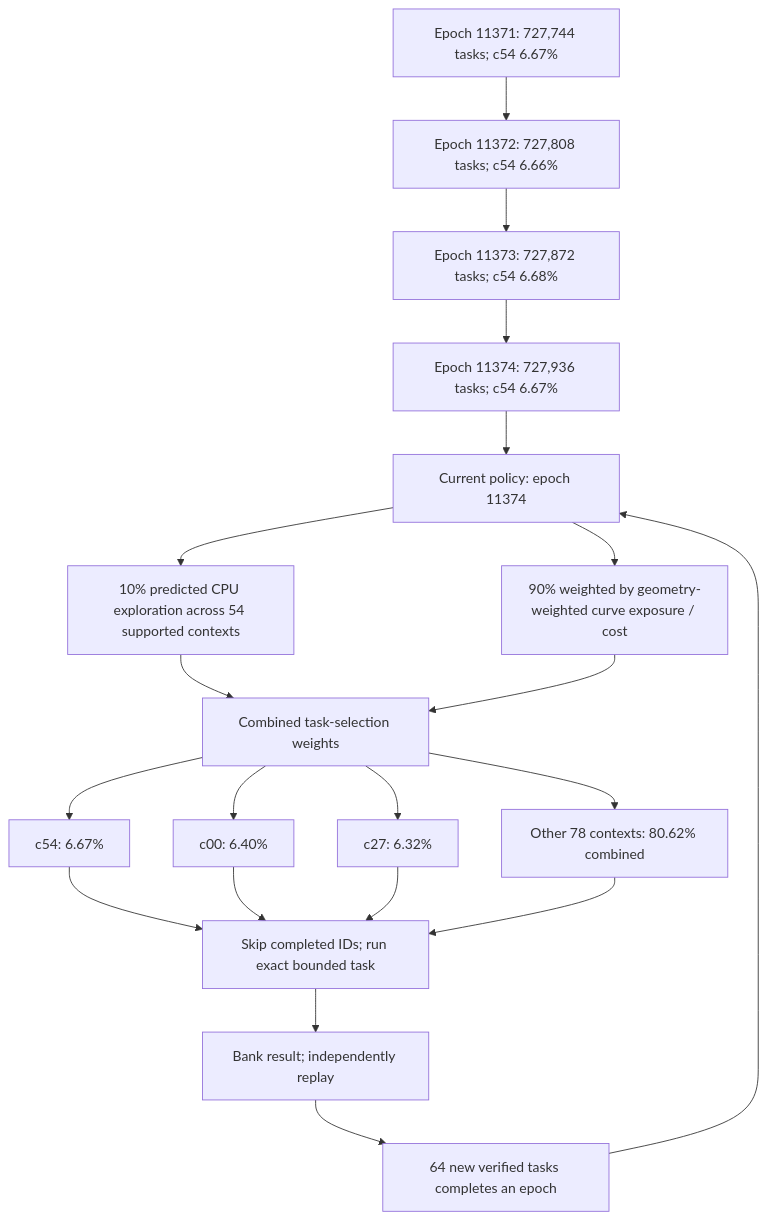
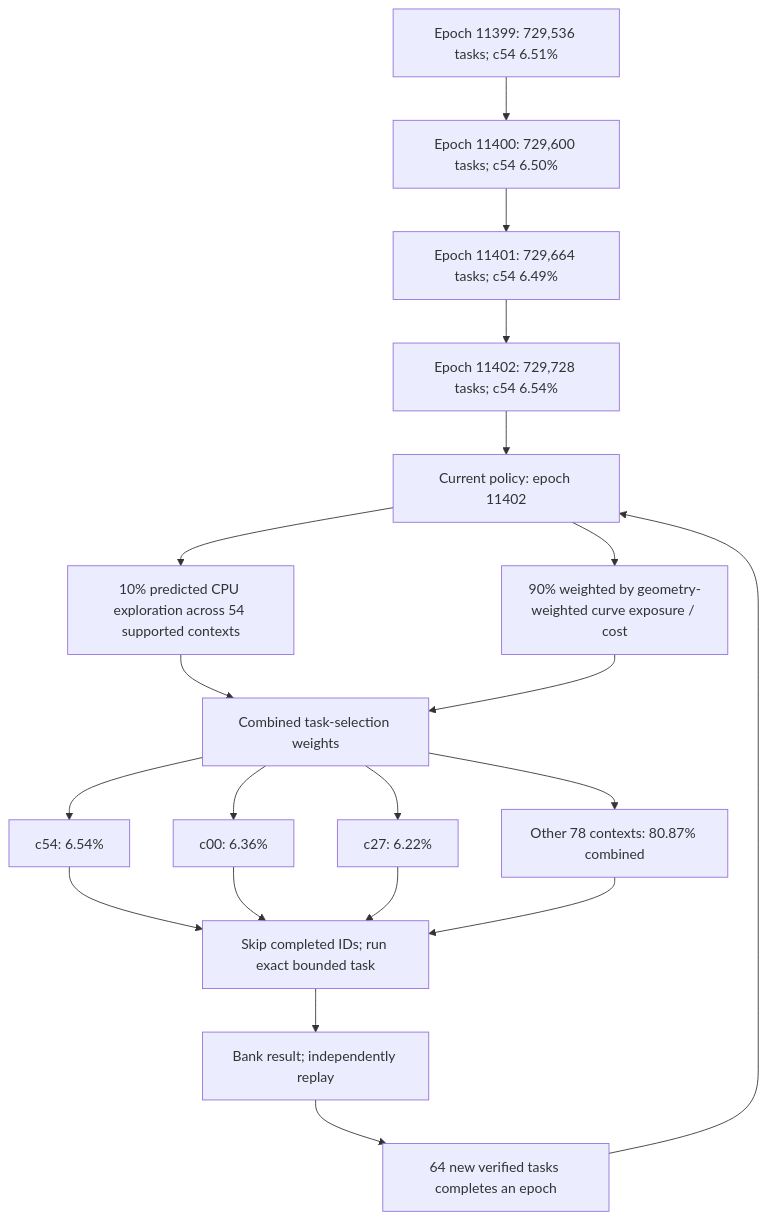
The first of 4 diagrams in README.md (Kuberwastaken/math-gambling), drawn with Mermaid before and after one commit. The commit also changed other lines of this file and 3752 other files, not shown here.

````diff
--- a/README.md
+++ b/README.md
@@ -60,27 +60,27 @@
 ```mermaid
 flowchart TD
-    H0["Epoch 11371: 727,744 tasks; c54 6.67%"]
-    H1["Epoch 11372: 727,808 tasks; c54 6.66%"]
+    H0["Epoch 11399: 729,536 tasks; c54 6.51%"]
+    H1["Epoch 11400: 729,600 tasks; c54 6.50%"]
     H0 --> H1
-    H2["Epoch 11373: 727,872 tasks; c54 6.68%"]
+    H2["Epoch 11401: 729,664 tasks; c54 6.49%"]
     H1 --> H2
-    H3["Epoch 11374: 727,936 tasks; c54 6.67%"]
+    H3["Epoch 11402: 729,728 tasks; c54 6.54%"]
     H2 --> H3
-    Policy["Current policy: epoch 11374"]
+    Policy["Current policy: epoch 11402"]
     H3 --> Policy
     Policy --> Explore["10% predicted CPU exploration across 54 supported contexts"]
     Policy --> Cost["90% weighted by geometry-weighted curve exposure / cost"]
     Explore --> Mix["Combined task-selection weights"]
     Cost --> Mix
-    Mix --> C0["c54: 6.67%"]
-    Mix --> C1["c00: 6.40%"]
-    Mix --> C2["c27: 6.32%"]
-    Mix --> Rest["Other 78 contexts: 80.62% combined"]
+    Mix --> C0["c54: 6.54%"]
+    Mix --> C1["c00: 6.36%"]
+    Mix --> C2["c27: 6.22%"]
+    Mix --> Rest["Other 78 contexts: 80.87% combined"]
     C0 --> Check["Skip completed IDs; run exact bounded task"]
     C1 --> Check
     C2 --> Check
     Rest --> Check
     Check --> Replay["Bank result; independently replay"]
     Replay --> Gate["64 new verified tasks completes an epoch"]
     Gate --> Policy
 ```
````
